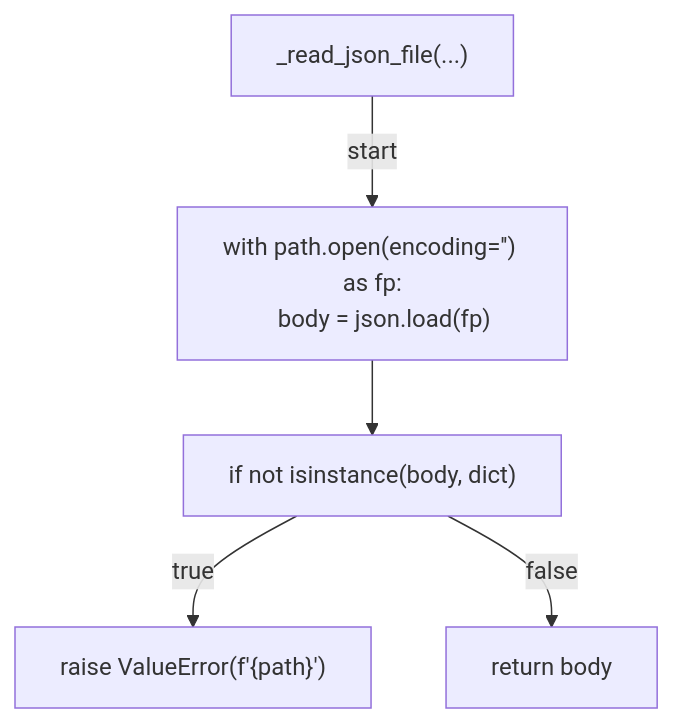
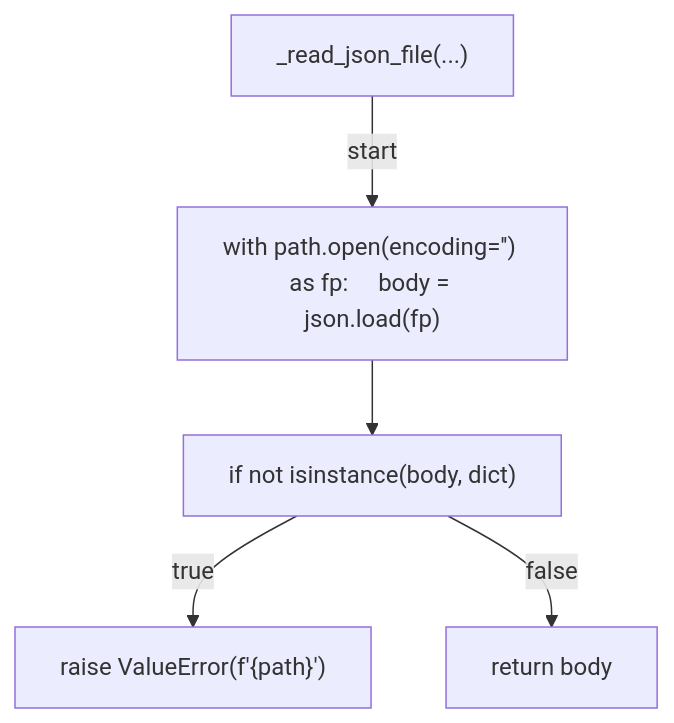
One commit to tvna/claude-md changed diagram 24 of 37 in docs/generated/scripts/ast/rulesets_apply.md. Above: the diagram before and after it, drawn with Mermaid. The commit also changed other lines of this file and 29 other files, not shown here.

First line of the commit message:
docs(generated): regenerate decision tree and workflow diagrams (batch 3/5)

````diff
--- a/docs/generated/scripts/ast/rulesets_apply.md
+++ b/docs/generated/scripts/ast/rulesets_apply.md
@@ -462,13 +430,12 @@
 ```mermaid
 flowchart TD
     N001["_read_json_file(...)"]
-    N002["with path.open(encoding='<str>') as fp:
-    body = json.load(fp)"]
+    N002["with path.open(encoding='<str>') as fp:     body = json.load(fp)"]
     N003["if not isinstance(body, dict)"]
     N004["raise ValueError(f'{path}<str>')"]
     N005["return body"]
     N001 -->|"start"| N002
     N002 --> N003
     N003 -->|"true"| N004
     N003 -->|"false"| N005
 ```
````
